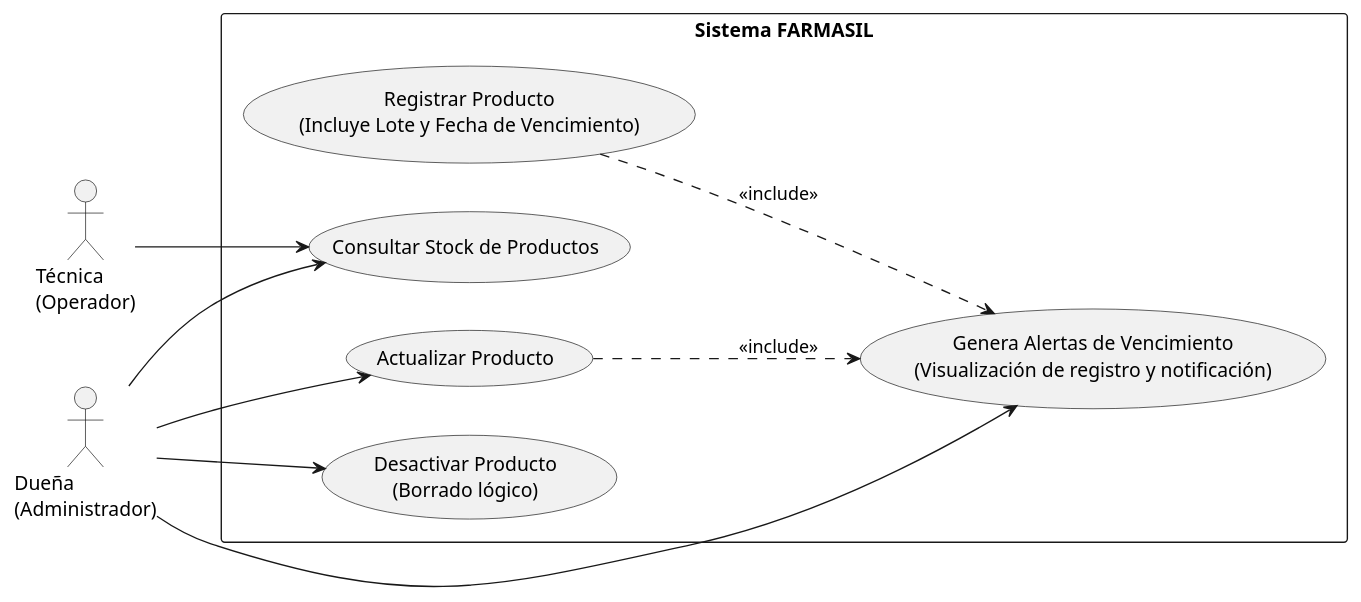
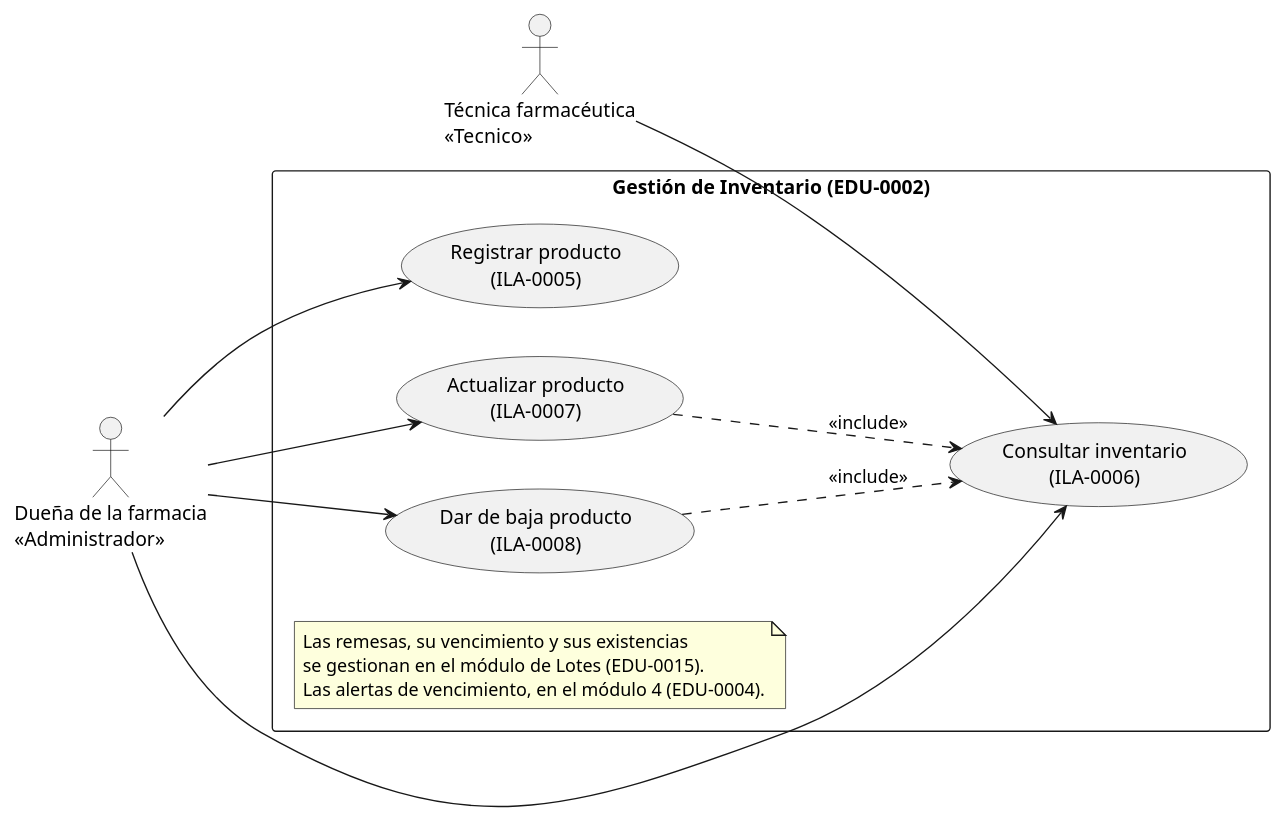
Before and after one commit to Luis-Ayben-Chahua-Charca/Farmasil_App: the diagram in docs/diagramas/plaintext-CasosUso/CU-04_Inventario.puml, drawn with PlantUML. The commit also changed 37 other files, not shown here.

First line of the commit message:
docs(comportamiento): elaborar los diagramas de comportamiento y alinear la coherencia del catálogo (#58)

```diff
--- a/docs/diagramas/plaintext-CasosUso/CU-04_Inventario.puml
+++ b/docs/diagramas/plaintext-CasosUso/CU-04_Inventario.puml
@@ -1,29 +1,29 @@
 @startuml
 left to right direction
 skinparam packageStyle rectangle
 
-actor "Técnica\n(Operador)" as Tecnica
-actor "Dueña\n(Administrador)" as Duena
+actor "Técnica farmacéutica\n<<Tecnico>>" as Tecnica
+actor "Dueña de la farmacia\n<<Administrador>>" as Duena
 
-rectangle "Sistema FARMASIL" {
-    usecase "Registrar Producto\n(Incluye Lote y Fecha de Vencimiento)" as UC_Registrar
-    usecase "Consultar Stock de Productos" as UC_Consultar
-    usecase "Actualizar Producto" as UC_Actualizar
-    usecase "Desactivar Producto\n(Borrado lógico)" as UC_Desactivar
-    usecase "Genera Alertas de Vencimiento\n(Visualización de registro y notificación)" as UC_Alertas
+rectangle "Gestión de Inventario (EDU-0002)" {
+    usecase "Registrar producto\n(ILA-0005)" as UC_Registrar
+    usecase "Consultar inventario\n(ILA-0006)" as UC_Consultar
+    usecase "Actualizar producto\n(ILA-0007)" as UC_Actualizar
+    usecase "Dar de baja producto\n(ILA-0008)" as UC_Baja
+
+    note "Las remesas, su vencimiento y sus existencias\nse gestionan en el módulo de Lotes (EDU-0015).\nLas alertas de vencimiento, en el módulo 4 (EDU-0004)." as N1
 }
 
-' Relaciones de la Técnica (Solo consulta)
+' La Técnica solo consulta (Matriz de Permisos)
 Tecnica --> UC_Consultar
 
-' Relaciones de la Dueña
+' La Dueña administra el catálogo de medicamentos
+Duena --> UC_Registrar
 Duena --> UC_Consultar
 Duena --> UC_Actualizar
-Duena --> UC_Desactivar
-Duena --> UC_Alertas
+Duena --> UC_Baja
 
-' Relaciones de inclusión (<<include>>)
-UC_Registrar ..> UC_Alertas : <<include>>
-UC_Actualizar ..> UC_Alertas : <<include>>
+UC_Actualizar ..> UC_Consultar : <<include>>
+UC_Baja ..> UC_Consultar : <<include>>
 
 @enduml
```
